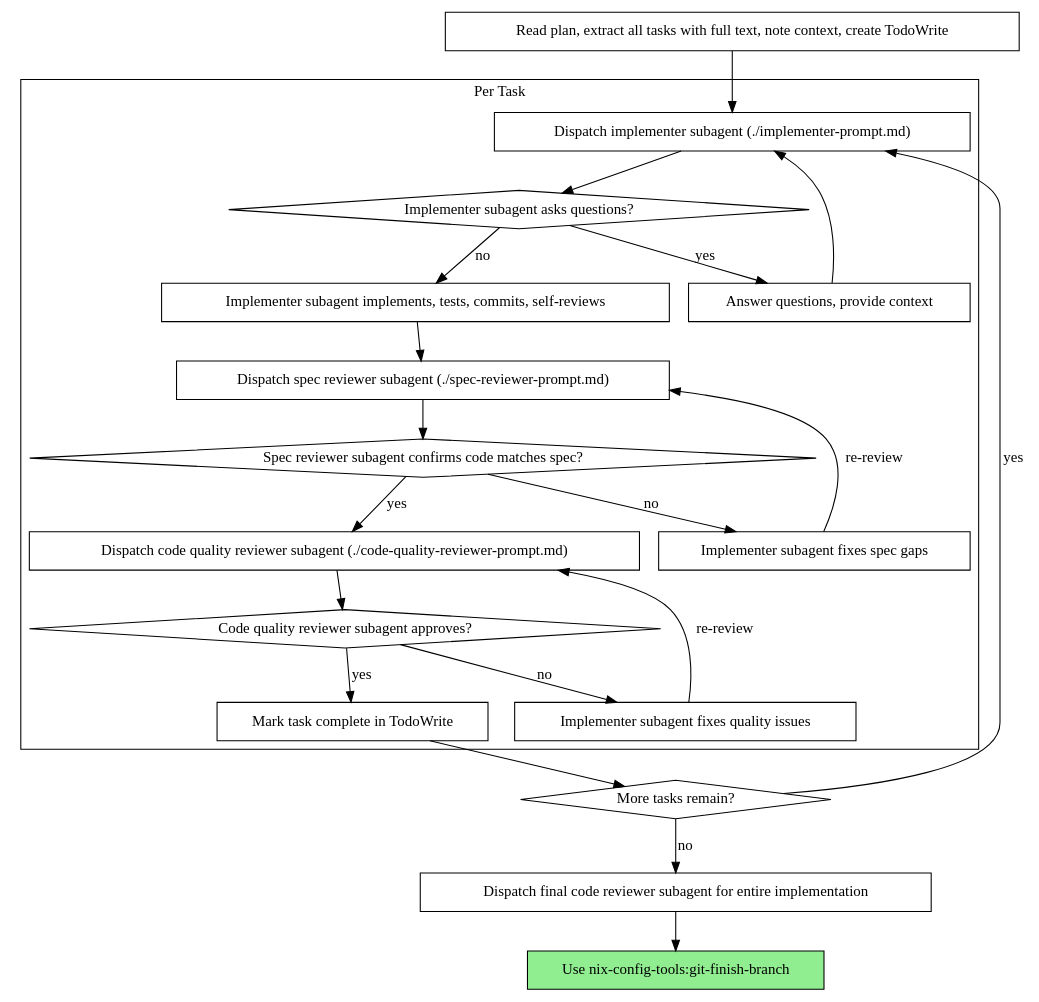
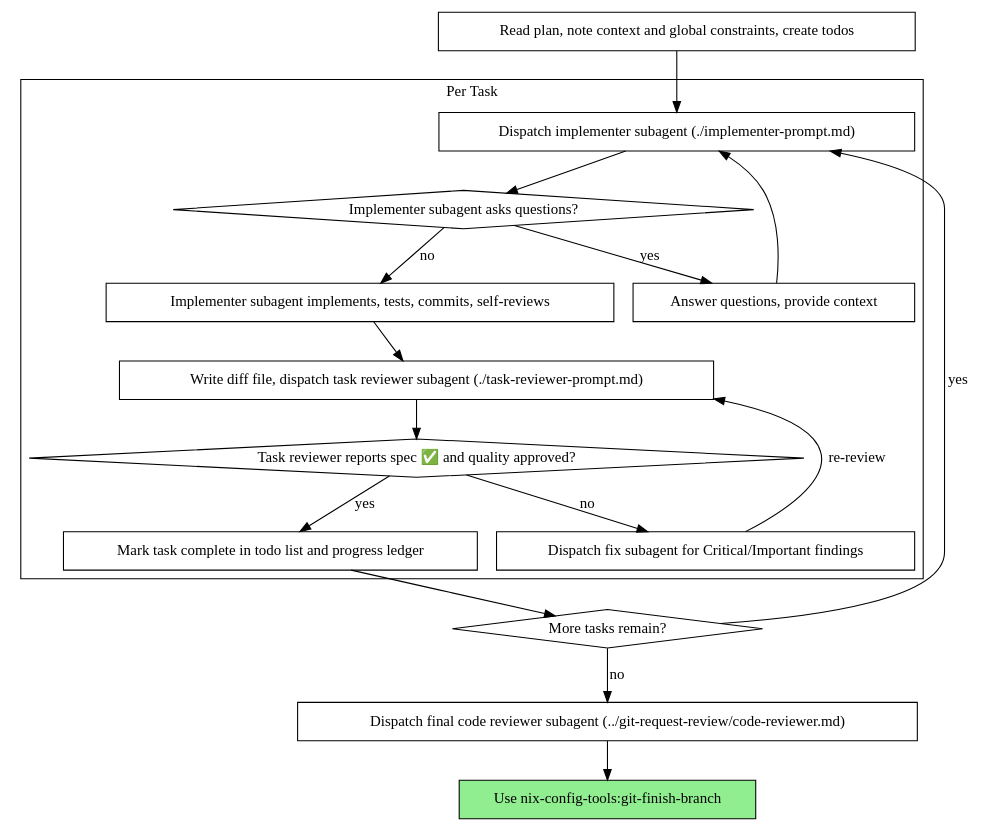
The second of 2 diagrams in ai-tools/skills/flow-subagent-driven-development/SKILL.md (borland502/nix-config), drawn with Graphviz before and after one commit. The commit also changed other lines of this file and 63 other files, not shown here.

````diff
--- a/ai-tools/skills/flow-subagent-driven-development/SKILL.md
+++ b/ai-tools/skills/flow-subagent-driven-development/SKILL.md
@@ -44,44 +47,37 @@
 ```dot
 digraph process {
     rankdir=TB;
 
     subgraph cluster_per_task {
         label="Per Task";
         "Dispatch implementer subagent (./implementer-prompt.md)" [shape=box];
         "Implementer subagent asks questions?" [shape=diamond];
         "Answer questions, provide context" [shape=box];
         "Implementer subagent implements, tests, commits, self-reviews" [shape=box];
-        "Dispatch spec reviewer subagent (./spec-reviewer-prompt.md)" [shape=box];
-        "Spec reviewer subagent confirms code matches spec?" [shape=diamond];
-        "Implementer subagent fixes spec gaps" [shape=box];
-        "Dispatch code quality reviewer subagent (./code-quality-reviewer-prompt.md)" [shape=box];
-        "Code quality reviewer subagent approves?" [shape=diamond];
-        "Implementer subagent fixes quality issues" [shape=box];
-        "Mark task complete in TodoWrite" [shape=box];
+        "Write diff file, dispatch task reviewer subagent (./task-reviewer-prompt.md)" [shape=box];
+        "Task reviewer reports spec ✅ and quality approved?" [shape=diamond];
+        "Dispatch fix subagent for Critical/Important findings" [shape=box];
+        "Mark task complete in todo list and progress ledger" [shape=box];
     }
 
-    "Read plan, extract all tasks with full text, note context, create TodoWrite" [shape=box];
+    "Read plan, note context and global constraints, create todos" [shape=box];
     "More tasks remain?" [shape=diamond];
-    "Dispatch final code reviewer subagent for entire implementation" [shape=box];
+    "Dispatch final code reviewer subagent (../git-request-review/code-reviewer.md)" [shape=box];
     "Use nix-config-tools:git-finish-branch" [shape=box style=filled fillcolor=lightgreen];
 
-    "Read plan, extract all tasks with full text, note context, create TodoWrite" -> "Dispatch implementer subagent (./implementer-prompt.md)";
+    "Read plan, note context and global constraints, create todos" -> "Dispatch implementer subagent (./implementer-prompt.md)";
     "Dispatch implementer subagent (./implementer-prompt.md)" -> "Implementer subagent asks questions?";
     "Implementer subagent asks questions?" -> "Answer questions, provide context" [label="yes"];
     "Answer questions, provide context" -> "Dispatch implementer subagent (./implementer-prompt.md)";
     "Implementer subagent asks questions?" -> "Implementer subagent implements, tests, commits, self-reviews" [label="no"];
-    "Implementer subagent implements, tests, commits, self-reviews" -> "Dispatch spec reviewer subagent (./spec-reviewer-prompt.md)";
-    "Dispatch spec reviewer subagent (./spec-reviewer-prompt.md)" -> "Spec reviewer subagent confirms code matches spec?";
-    "Spec reviewer subagent confirms code matches spec?" -> "Implementer subagent fixes spec gaps" [label="no"];
-    "Implementer subagent fixes spec gaps" -> "Dispatch spec reviewer subagent (./spec-reviewer-prompt.md)" [label="re-review"];
-    "Spec reviewer subagent confirms code matches spec?" -> "Dispatch code quality reviewer subagent (./code-quality-reviewer-prompt.md)" [label="yes"];
-    "Dispatch code quality reviewer subagent (./code-quality-reviewer-prompt.md)" -> "Code quality reviewer subagent approves?";
-    "Code quality reviewer subagent approves?" -> "Implementer subagent fixes quality issues" [label="no"];
-    "Implementer subagent fixes quality issues" -> "Dispatch code quality reviewer subagent (./code-quality-reviewer-prompt.md)" [label="re-review"];
-    "Code quality reviewer subagent approves?" -> "Mark task complete in TodoWrite" [label="yes"];
-    "Mark task complete in TodoWrite" -> "More tasks remain?";
+    "Implementer subagent implements, tests, commits, self-reviews" -> "Write diff file, dispatch task reviewer subagent (./task-reviewer-prompt.md)";
+    "Write diff file, dispatch task reviewer subagent (./task-reviewer-prompt.md)" -> "Task reviewer reports spec ✅ and quality approved?";
+    "Task reviewer reports spec ✅ and quality approved?" -> "Dispatch fix subagent for Critical/Important findings" [label="no"];
+    "Dispatch fix subagent for Critical/Important findings" -> "Write diff file, dispatch task reviewer subagent (./task-reviewer-prompt.md)" [label="re-review"];
+    "Task reviewer reports spec ✅ and quality approved?" -> "Mark task complete in todo list and progress ledger" [label="yes"];
+    "Mark task complete in todo list and progress ledger" -> "More tasks remain?";
     "More tasks remain?" -> "Dispatch implementer subagent (./implementer-prompt.md)" [label="yes"];
-    "More tasks remain?" -> "Dispatch final code reviewer subagent for entire implementation" [label="no"];
-    "Dispatch final code reviewer subagent for entire implementation" -> "Use nix-config-tools:git-finish-branch";
+    "More tasks remain?" -> "Dispatch final code reviewer subagent (../git-request-review/code-reviewer.md)" [label="no"];
+    "Dispatch final code reviewer subagent (../git-request-review/code-reviewer.md)" -> "Use nix-config-tools:git-finish-branch";
 }
 ```
````
